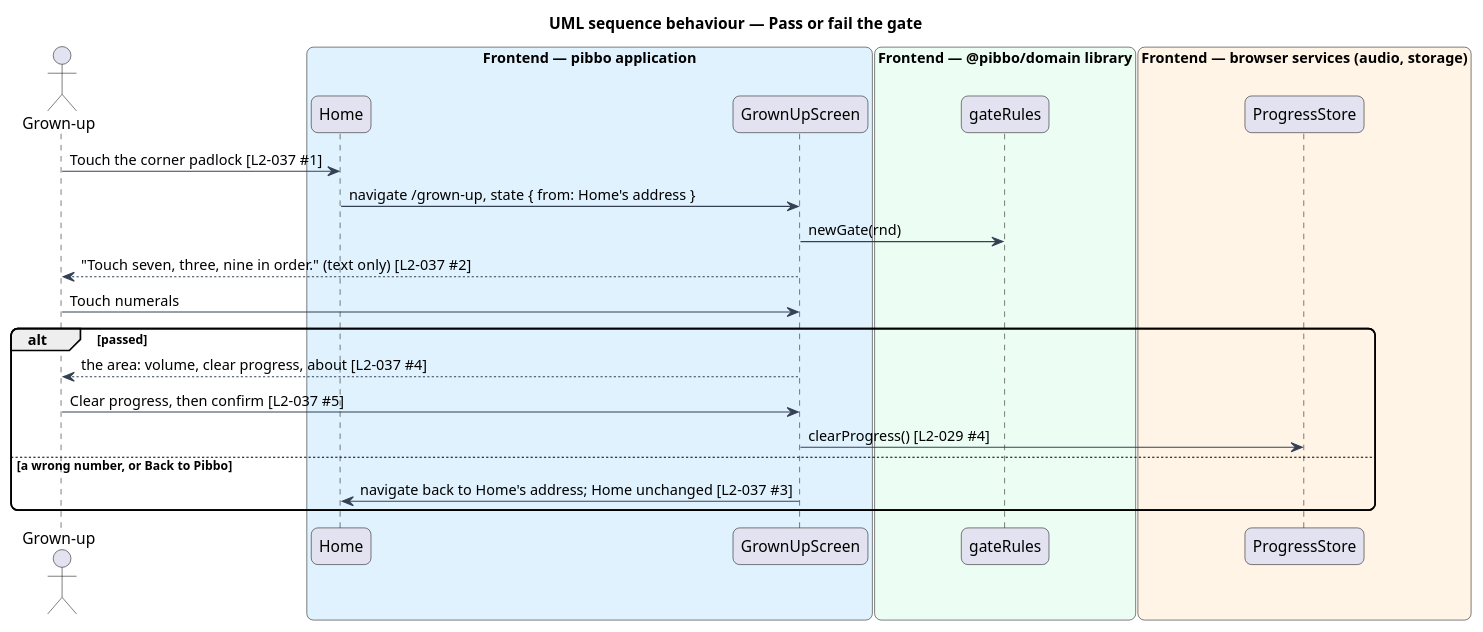
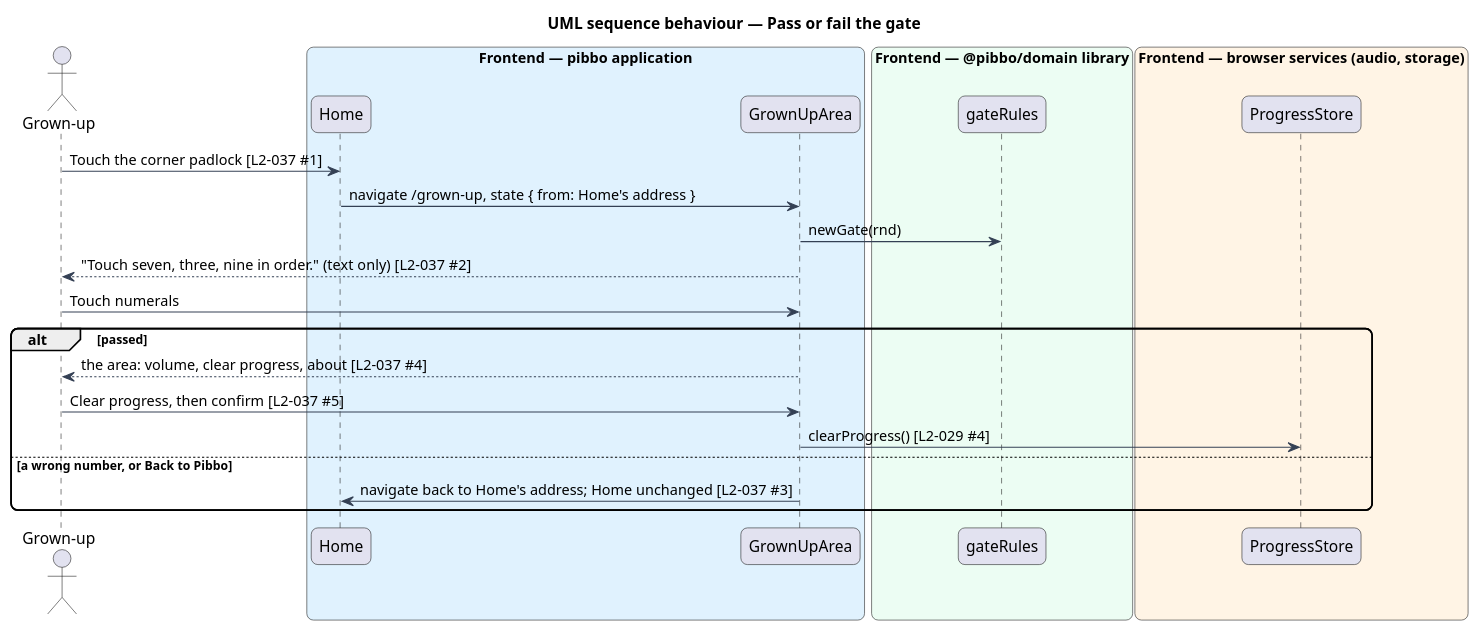
One commit to QuinntyneBrown/pibbo changed the diagram in docs/detailed-designs/grown-up/grown-up-gate/diagrams/sequence-pass-gate.puml. Above: the diagram before and after it, drawn with PlantUML. The commit also changed 5 other files, not shown here.

First line of the commit message:
Record journey 24: the grown-up screen's names in the design, lessons learned, and the journey done

```diff
--- a/docs/detailed-designs/grown-up/grown-up-gate/diagrams/sequence-pass-gate.puml
+++ b/docs/detailed-designs/grown-up/grown-up-gate/diagrams/sequence-pass-gate.puml
@@ -1,31 +1,31 @@
 @startuml
 title UML sequence behaviour — Pass or fail the gate
 skinparam backgroundColor #FFFFFF
 skinparam shadowing false
 skinparam roundcorner 12
 skinparam defaultFontName Arial
 skinparam ArrowColor #344054
 actor "Grown-up" as actor
 box "Frontend — pibbo application" #E0F2FE
   participant "Home" as home
-  participant "GrownUpScreen" as screen
+  participant "GrownUpArea" as screen
 end box
 box "Frontend — @pibbo/domain library" #ECFDF3
   participant "gateRules" as rules
 end box
 box "Frontend — browser services (audio, storage)" #FFF4E5
   participant "ProgressStore" as store
 end box
 actor -> home : Touch the corner padlock [L2-037 #1]
 home -> screen : navigate /grown-up, state { from: Home's address }
 screen -> rules : newGate(rnd)
 screen --> actor : "Touch seven, three, nine in order." (text only) [L2-037 #2]
 actor -> screen : Touch numerals
 alt passed
   screen --> actor : the area: volume, clear progress, about [L2-037 #4]
   actor -> screen : Clear progress, then confirm [L2-037 #5]
   screen -> store : clearProgress() [L2-029 #4]
 else a wrong number, or Back to Pibbo
   screen -> home : navigate back to Home's address; Home unchanged [L2-037 #3]
 end
 @enduml
```
